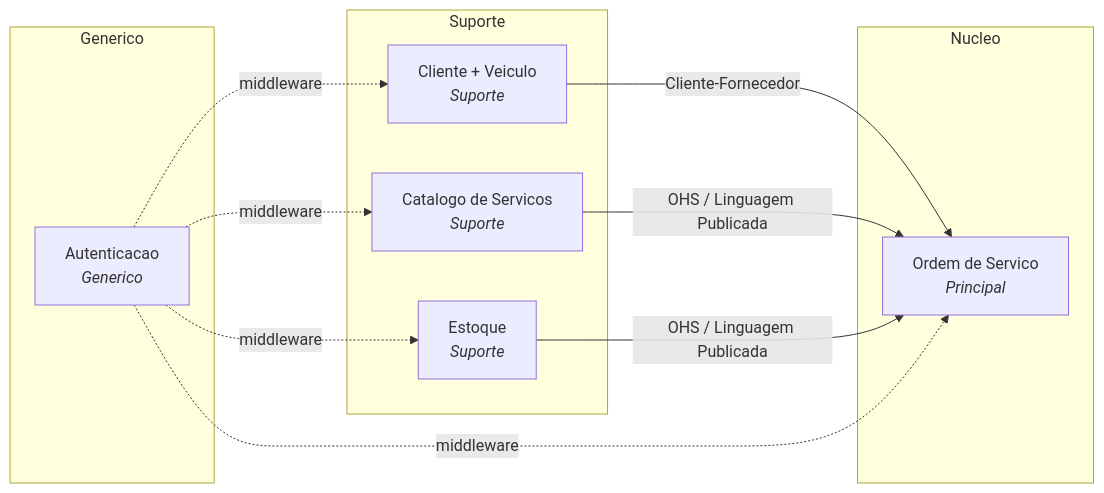
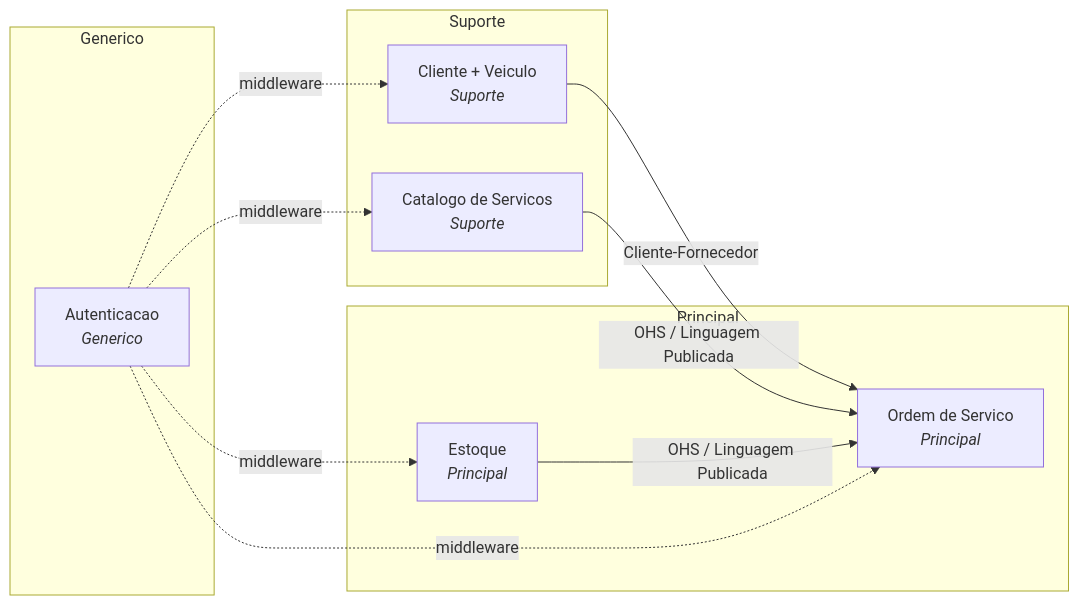
The first of 2 diagrams in docs/arquitetura/mapa-contextos.md (fiap-postech-sw-architecture/postech-sw-arch-p2), drawn with Mermaid before and after one commit. The commit also changed other lines of this file and 10 other files, not shown here.

Commit message:
fix: promover Estoque a domínio Principal e corrigir Nucleo→Principal nos diagramas (#16)

````diff
--- a/docs/arquitetura/mapa-contextos.md
+++ b/docs/arquitetura/mapa-contextos.md
@@ -7,22 +7,22 @@
 ```mermaid
 graph LR
-    subgraph Nucleo
+    subgraph Principal
         OS[Ordem de Servico<br/><i>Principal</i>]
+        E[Estoque<br/><i>Principal</i>]
     end
     subgraph Suporte
         C[Cliente + Veiculo<br/><i>Suporte</i>]
         CS[Catalogo de Servicos<br/><i>Suporte</i>]
-        E[Estoque<br/><i>Suporte</i>]
     end
     subgraph Generico
         A[Autenticacao<br/><i>Generico</i>]
     end
 
     C -->|Cliente-Fornecedor| OS
     CS -->|OHS / Linguagem Publicada| OS
     E -->|OHS / Linguagem Publicada| OS
     A -.->|middleware| OS
     A -.->|middleware| C
     A -.->|middleware| CS
     A -.->|middleware| E
 ```
````
